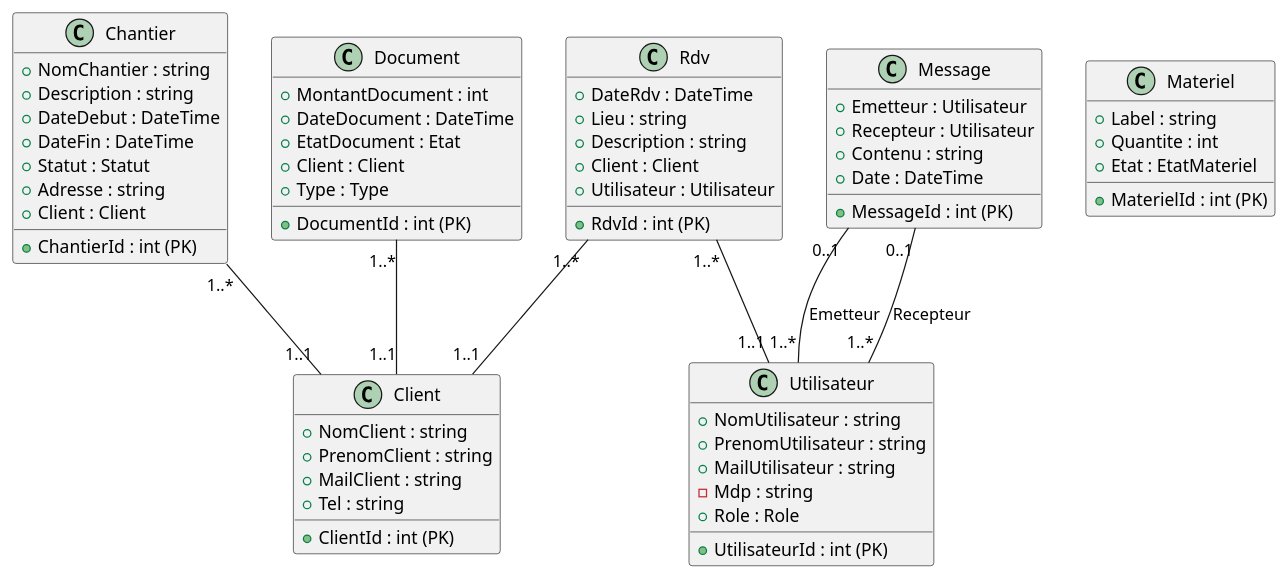
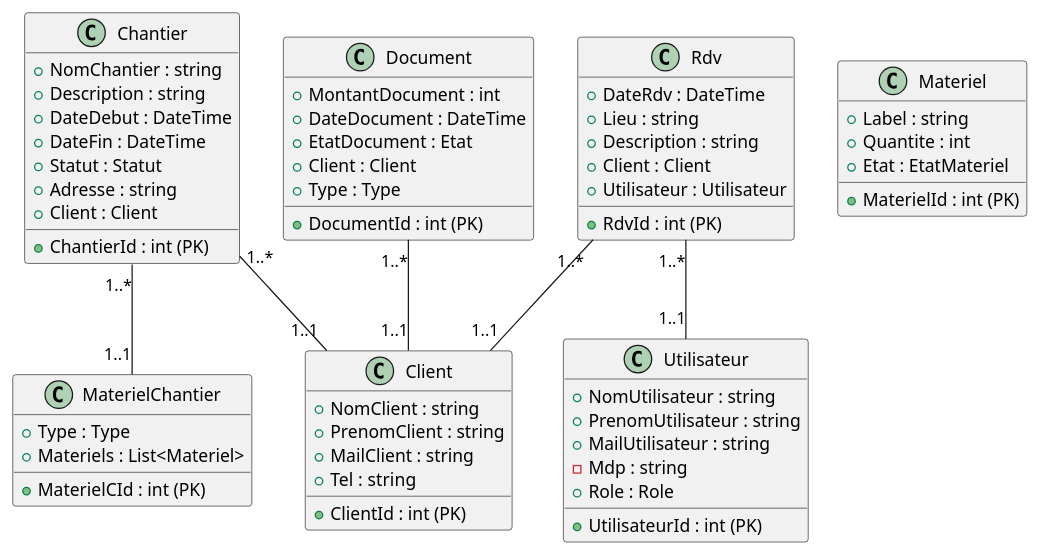
Before and after one commit to luciedupouy/ChaudBiz: the diagram in diagClass.puml, drawn with PlantUML. The commit also changed 105 other files, not shown here.

```diff
--- a/diagClass.puml
+++ b/diagClass.puml
@@ -1,66 +1,63 @@
 @startuml
 class Chantier {
 + ChantierId : int (PK)
 + NomChantier : string
 + Description : string
 + DateDebut : DateTime
 + DateFin : DateTime
 + Statut : Statut
 + Adresse : string
 + Client : Client
 }
 class Client {
 + ClientId : int (PK)
 + NomClient : string
 + PrenomClient : string
 + MailClient : string
 + Tel : string
 }
 class Document {
 + DocumentId : int (PK)
 + MontantDocument : int
 + DateDocument : DateTime
 + EtatDocument : Etat
 + Client : Client
 + Type : Type 
 }
 class Materiel {
 + MaterielId : int (PK)
 + Label : string
 + Quantite : int
 + Etat : EtatMateriel
 }
 class Rdv {
 + RdvId : int (PK)
 + DateRdv : DateTime
 + Lieu : string
 + Description : string 
 + Client : Client
 + Utilisateur : Utilisateur
 }
 class Utilisateur {
 + UtilisateurId : int (PK)
 + NomUtilisateur : string 
 + PrenomUtilisateur : string
 + MailUtilisateur : string 
 - Mdp : string
 + Role : Role
 }
 
+class MaterielChantier {
++ MaterielCId : int (PK)
++ Type : Type
++ Materiels : List<Materiel>
+}
 
-class Message {
-+ MessageId : int (PK)
-+ Emetteur : Utilisateur 
-+ Recepteur : Utilisateur 
-+ Contenu : string
-+ Date : DateTime
-}
 
 Chantier "1..*" -- "1..1" Client
 Document "1..*" -- "1..1" Client
 Rdv "1..*" -- "1..1" Client
 Rdv "1..*" -- "1..1" Utilisateur
-Message "0..1" -- "1..*" Utilisateur : "Emetteur"
-Message "0..1" -- "1..*" Utilisateur : "Recepteur"
+Chantier "1..*" -- "1..1" MaterielChantier
 
 @enduml
```
